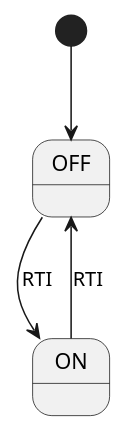
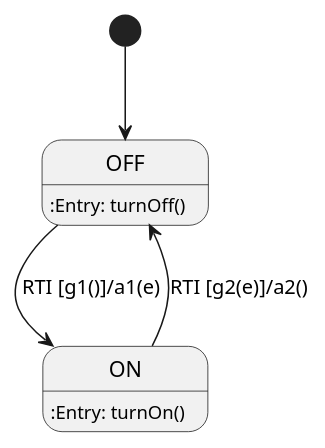
The diagram in FppTest/state_machine/DeviceSm.plantuml (nasa/fprime), drawn with PlantUML before and after one commit. The commit also changed 12 other files, not shown here.

```diff
--- a/FppTest/state_machine/DeviceSm.plantuml
+++ b/FppTest/state_machine/DeviceSm.plantuml
@@ -2,14 +2,15 @@
 @startuml
 
 [*] --> OFF
 
 state OFF {
+    OFF::Entry: turnOff()
 }
 
 state ON {
-
+    ON::Entry: turnOn()
 }
 
-OFF --> ON : RTI
-ON --> OFF : RTI
+OFF --> ON : RTI [g1()]/a1(e)
+ON --> OFF : RTI [g2(e)]/a2()
 @enduml
```
